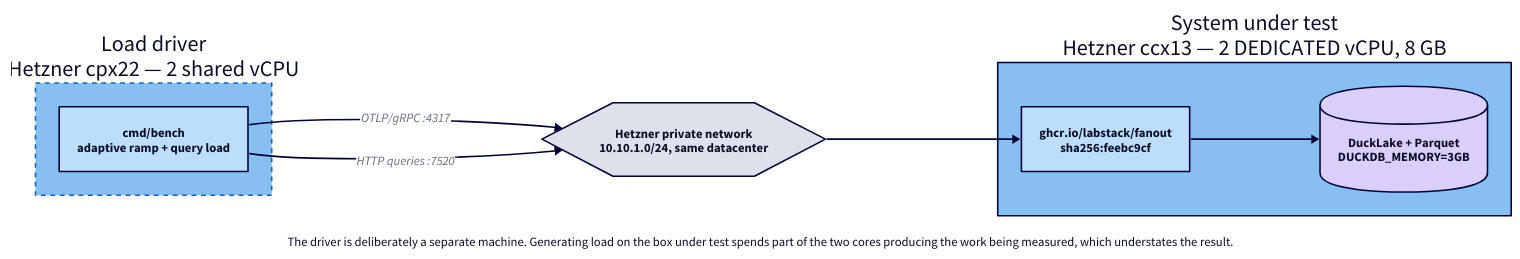
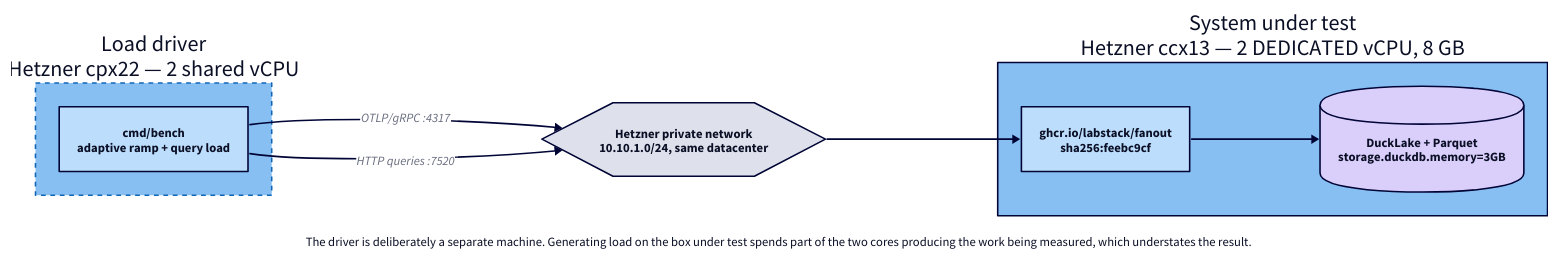
Before and after one commit to labstack/fanout: the diagram in docs/diagrams/benchmark-setup.d2, drawn with D2. The commit also changed 63 other files, not shown here.

```diff
--- a/docs/diagrams/benchmark-setup.d2
+++ b/docs/diagrams/benchmark-setup.d2
@@ -1,40 +1,40 @@
 # Benchmark topology: the load generator runs on its own machine so it is not
 # competing for the cores being measured. Render with `just diagrams`.
 
 vars: {
   d2-config: {
     layout-engine: dagre
     theme-id: 5
   }
 }
 
 direction: right
 
 driver: "Load driver\nHetzner cpx22 — 2 shared vCPU" {
   style.stroke-dash: 3
   bench: "cmd/bench\nadaptive ramp + query load"
 }
 
 net: "Hetzner private network\n10.10.1.0/24, same datacenter" {
   shape: hexagon
 }
 
 sut: "System under test\nHetzner ccx13 — 2 DEDICATED vCPU, 8 GB" {
   style.stroke-width: 2
   fanout: "ghcr.io/labstack/fanout\nsha256:feebc9cf" {
     style.stroke-width: 2
   }
-  store: "DuckLake + Parquet\nDUCKDB_MEMORY=3GB" {shape: cylinder}
+  store: "DuckLake + Parquet\nstorage.duckdb.memory=3GB" {shape: cylinder}
   fanout -> store
 }
 
 driver.bench -> net: "OTLP/gRPC :4317"
 driver.bench -> net: "HTTP queries :7520"
 net -> sut.fanout
 
 note: |md
   The driver is deliberately a separate machine.
   Generating load on the box under test spends
   part of the two cores producing the work being
   measured, which understates the result.
 | {near: bottom-center; style.stroke-dash: 3}
```
